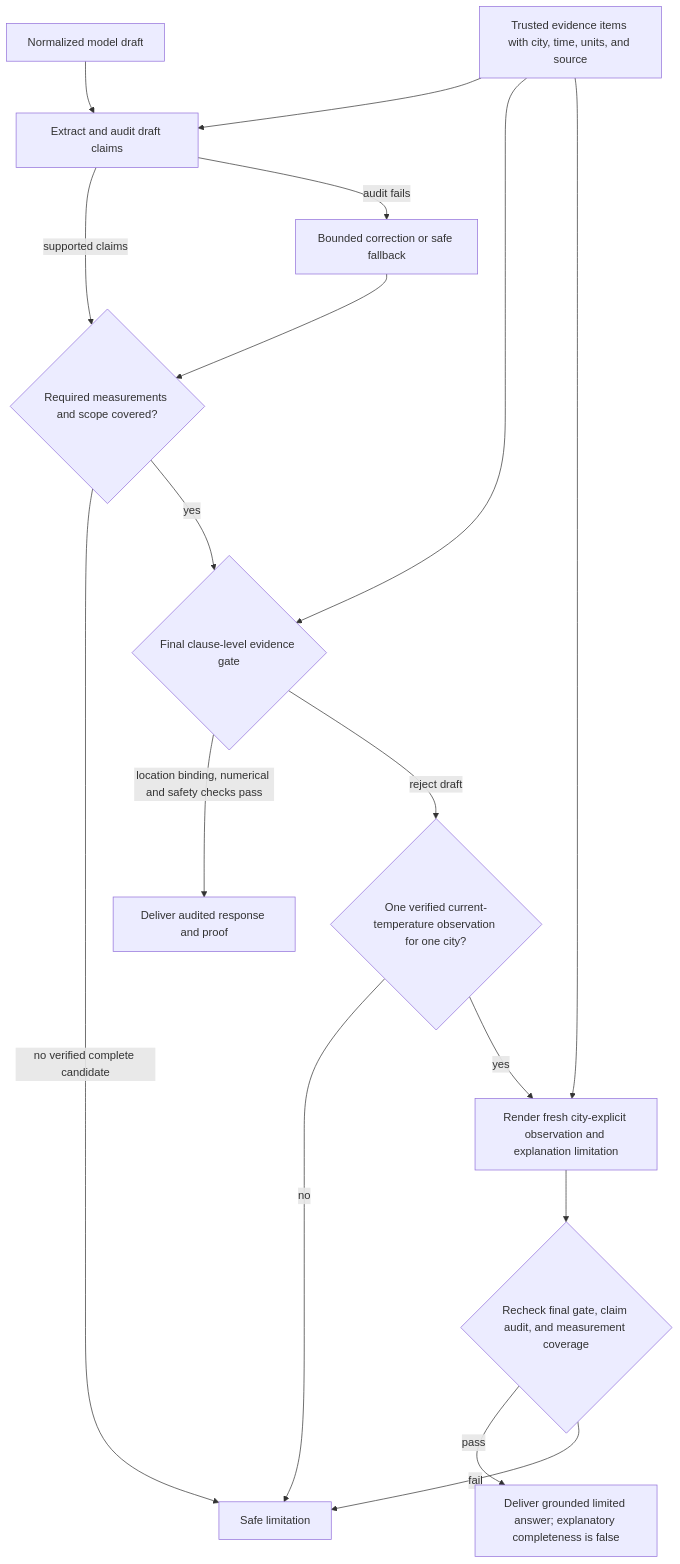
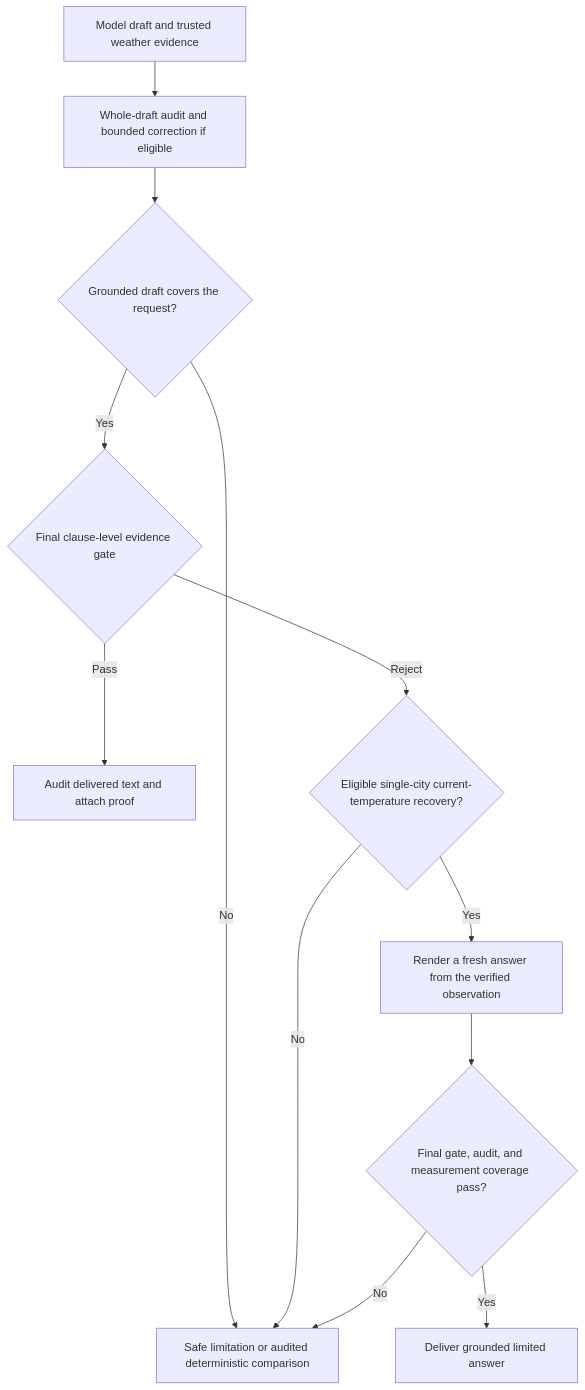
The fourth of 5 diagrams in README.md (TaruneshM/Sky-Reader), drawn with Mermaid before and after one commit. The commit also changed other lines of this file, not shown here.

````diff
--- a/README.md
+++ b/README.md
@@ -145,19 +127,14 @@
 ```mermaid
-flowchart TD
-    W["Trusted evidence items with city, time, units, and source"] --> A["Extract and audit draft claims"]
-    D["Normalized model draft"] --> A
-    A -->|"supported claims"| C{"Required measurements and scope covered?"}
-    A -->|"audit fails"| F["Bounded correction or safe fallback"]
-    F --> C
-    C -->|"no verified complete candidate"| S["Safe limitation"]
-    C -->|"yes"| G{"Final clause-level evidence gate"}
-    W --> G
-    G -->|"location binding, numerical and safety checks pass"| O["Deliver audited response and proof"]
-    G -->|"reject draft"| R{"One verified current-temperature observation for one city?"}
-    R -->|"no"| S
-    R -->|"yes"| N["Render fresh city-explicit observation and explanation limitation"]
-    W --> N
-    N --> V{"Recheck final gate, claim audit, and measurement coverage"}
-    V -->|"pass"| L["Deliver grounded limited answer; explanatory completeness is false"]
-    V -->|"fail"| S
+flowchart TB
+    A["Model draft and trusted weather evidence"] --> B["Whole-draft audit and bounded correction if eligible"]
+    B --> C{"Grounded draft covers the request?"}
+    C -->|"No"| L["Safe limitation or audited deterministic comparison"]
+    C -->|"Yes"| G{"Final clause-level evidence gate"}
+    G -->|"Pass"| D["Audit delivered text and attach proof"]
+    G -->|"Reject"| R{"Eligible single-city current-temperature recovery?"}
+    R -->|"No"| L
+    R -->|"Yes"| F["Render a fresh answer from the verified observation"]
+    F --> V{"Final gate, audit, and measurement coverage pass?"}
+    V -->|"Yes"| U["Deliver grounded limited answer"]
+    V -->|"No"| L
 ```
````
